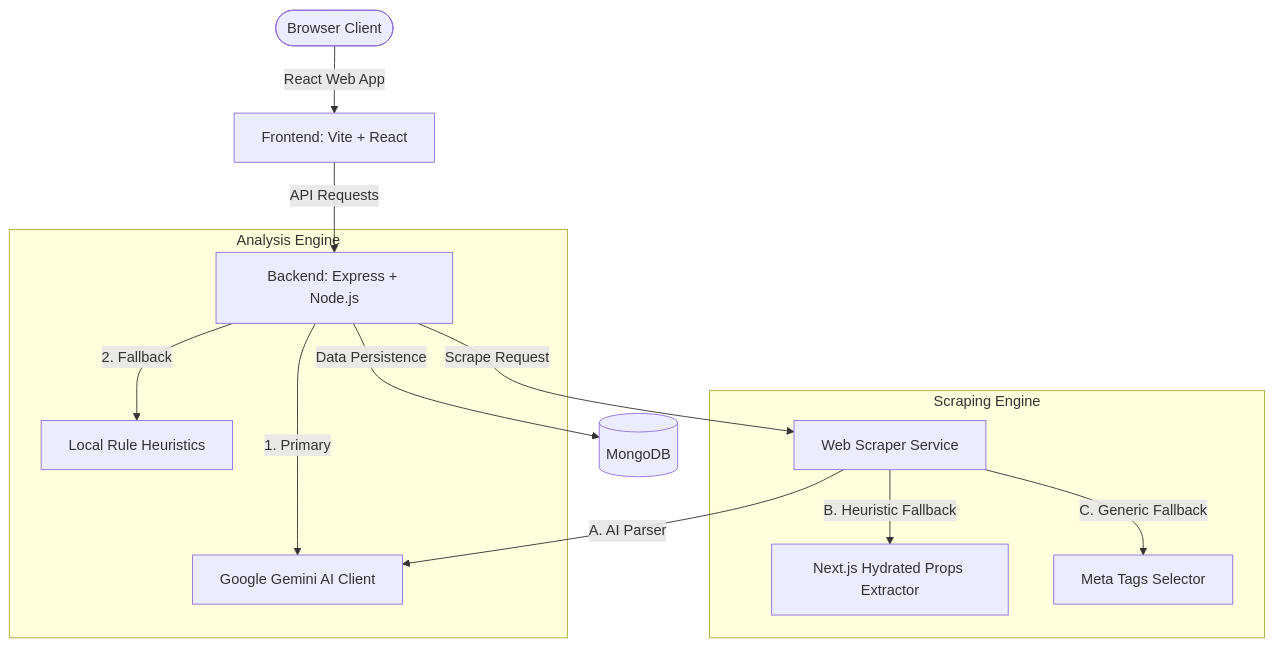
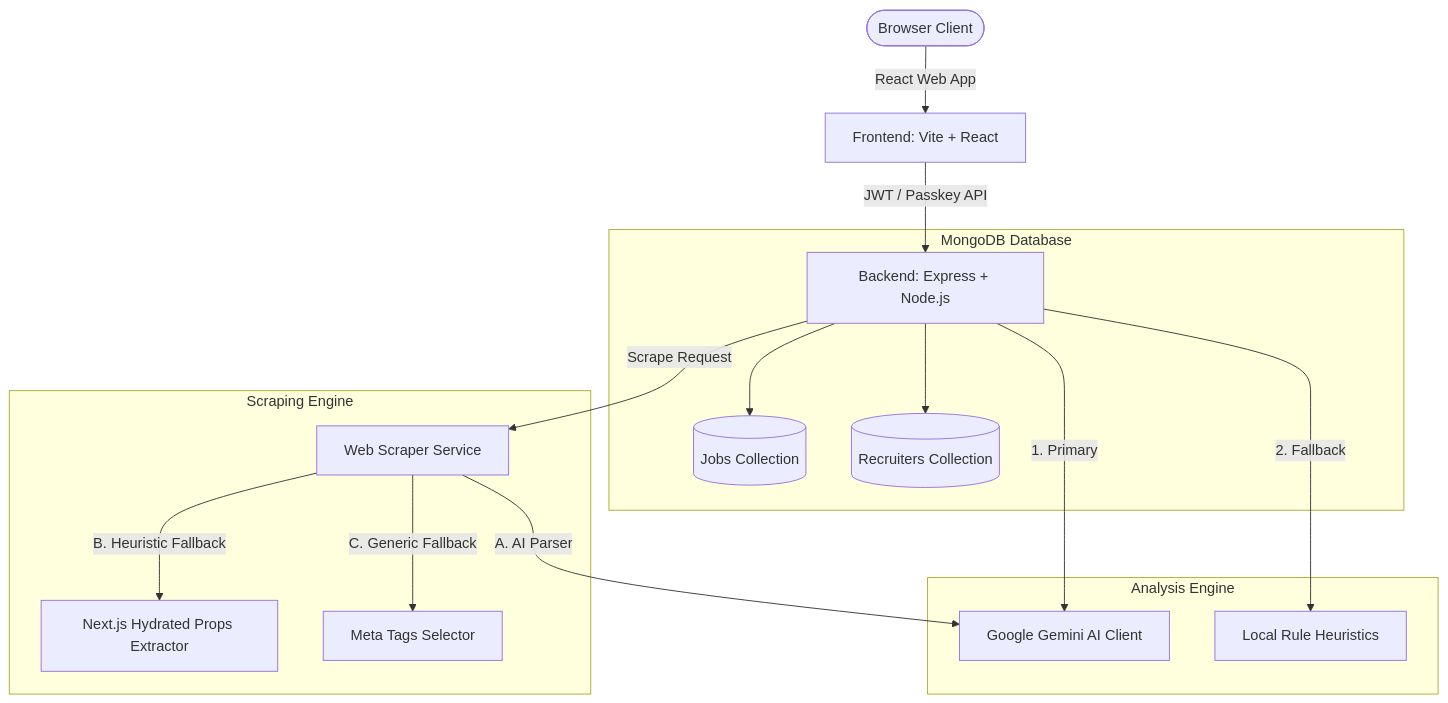
Before and after one commit to ColdCof63e/SWB-Hackathon-2026-V2: the diagram in design_doc.md, drawn with Mermaid. The commit also changed other lines of this file and 20 other files, not shown here.

````diff
--- a/design_doc.md
+++ b/design_doc.md
@@ -9,18 +9,22 @@
 ```mermaid
 graph TD
     User([Browser Client]) -->|React Web App| Frontend[Frontend: Vite + React]
-    Frontend -->|API Requests| Backend[Backend: Express + Node.js]
-    Backend -->|Data Persistence| DB[(MongoDB)]
+    Frontend -->|JWT / Passkey API| Backend[Backend: Express + Node.js]
+    
+    subgraph MongoDB Database
+        Backend --> DB_Jobs[(Jobs Collection)]
+        Backend --> DB_Recruiters[(Recruiters Collection)]
+    end
     
     subgraph Analysis Engine
         Backend -->|1. Primary| Gemini[Google Gemini AI Client]
         Backend -->|2. Fallback| Heuristics[Local Rule Heuristics]
     end
 
     subgraph Scraping Engine
         Backend -->|Scrape Request| Scraper[Web Scraper Service]
         Scraper -->|A. AI Parser| Gemini
         Scraper -->|B. Heuristic Fallback| NextHydrator[Next.js Hydrated Props Extractor]
         Scraper -->|C. Generic Fallback| MetaParser[Meta Tags Selector]
     end
 ```
````
